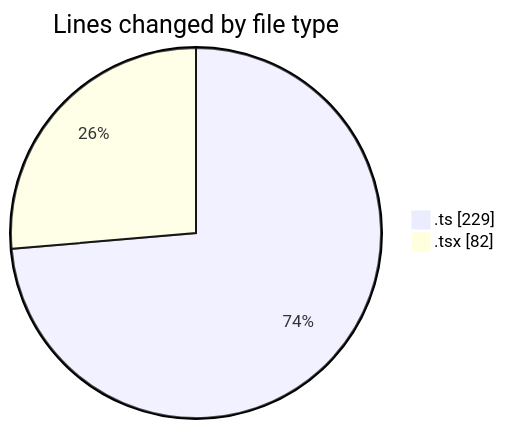
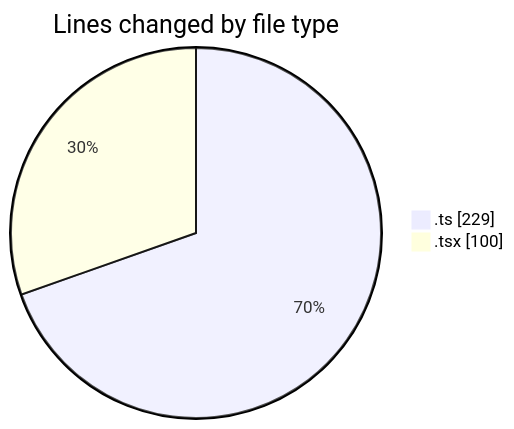
The first of 2 diagrams in 2025-11-24/eventscop-frontend-guide__workspace_/README.md (julien-gomy/code-tracking), drawn with Mermaid before and after one commit. The commit also changed other lines of this file and 1 other file, not shown here.

````diff
--- a/2025-11-24/eventscop-frontend-guide__workspace_/README.md
+++ b/2025-11-24/eventscop-frontend-guide__workspace_/README.md
@@ -24,6 +25,6 @@
 ```mermaid
 pie showData
 title Lines changed by file type
 ".ts" : 229
-".tsx" : 82
+".tsx" : 100
 ```
````
